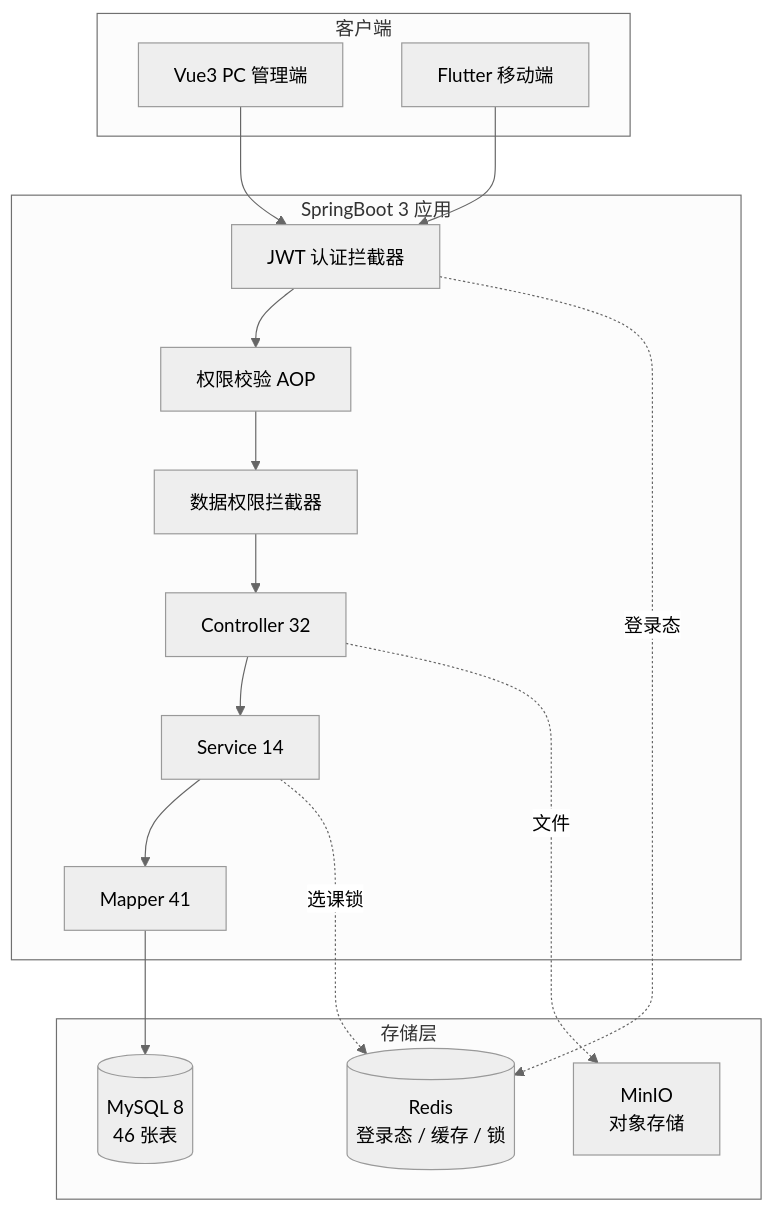
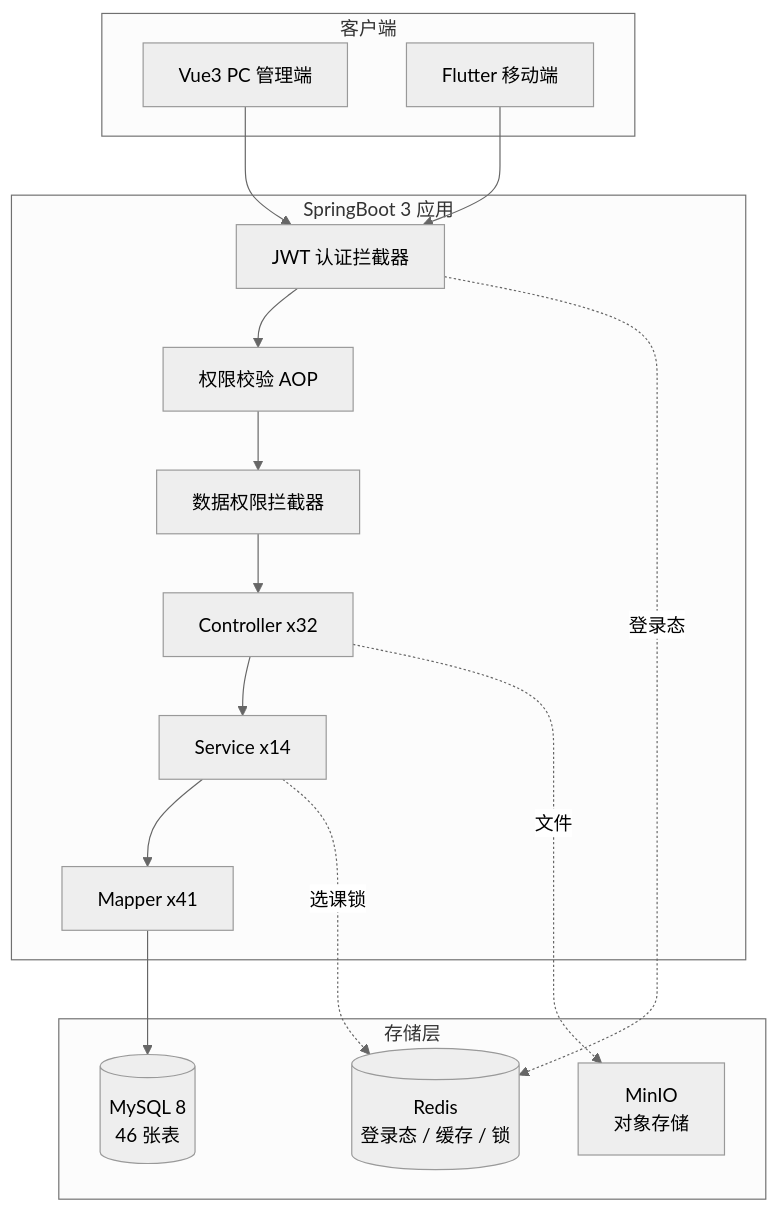
Before and after one commit to TTFCJ/campus-ms-backend: the first of 3 diagrams in README.md, drawn with Mermaid (neutral theme). The commit also changed other lines of this file, not shown here.

````diff
--- a/README.md
+++ b/README.md
@@ -129,34 +131,34 @@
 ```mermaid
 graph TB
     subgraph Client["客户端"]
         A1[Vue3 PC 管理端]
         A2[Flutter 移动端]
     end
 
     subgraph Server["SpringBoot 3 应用"]
         B1[JWT 认证拦截器]
         B2[权限校验 AOP]
         B3[数据权限拦截器]
-        B4[Controller 32]
-        B5[Service 14]
-        B6[Mapper 41]
+        B4[Controller x32]
+        B5[Service x14]
+        B6[Mapper x41]
     end
 
     subgraph Storage["存储层"]
         C1[(MySQL 8<br/>46 张表)]
         C2[(Redis<br/>登录态 / 缓存 / 锁)]
         C3[MinIO<br/>对象存储]
     end
 
     A1 --> B1
     A2 --> B1
     B1 --> B2
     B2 --> B3
     B3 --> B4
     B4 --> B5
     B5 --> B6
     B6 --> C1
     B1 -.登录态.-> C2
     B5 -.选课锁.-> C2
     B4 -.文件.-> C3
 ```
````
